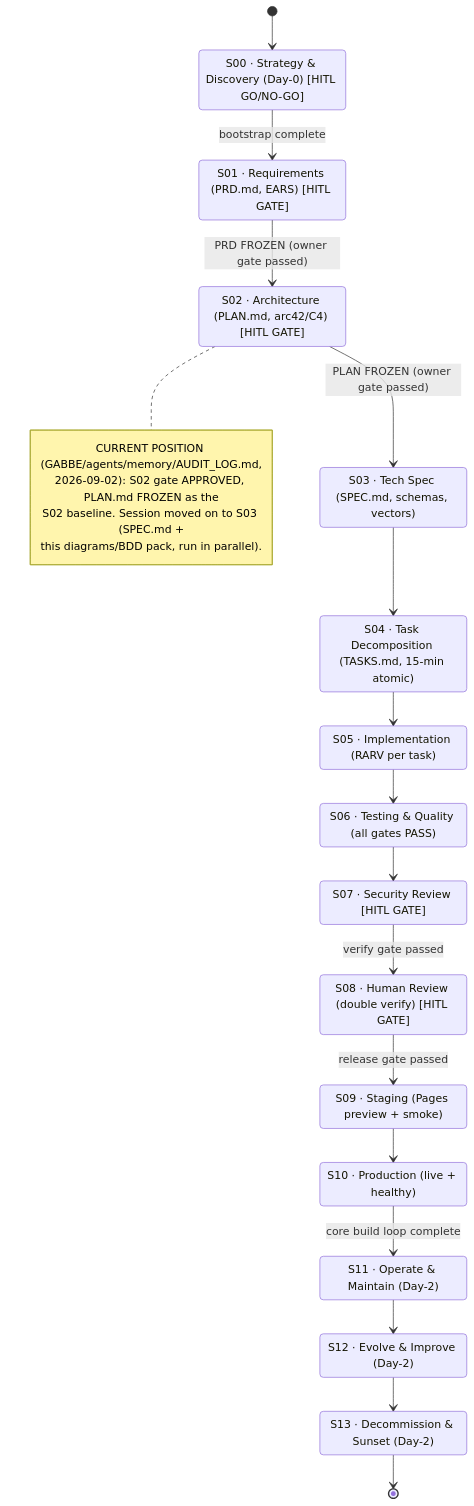
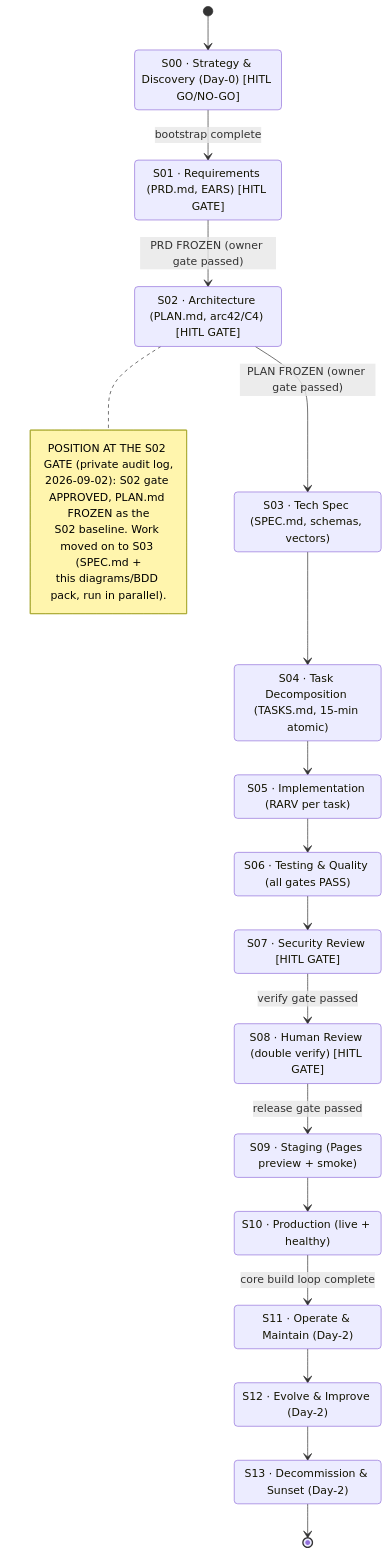
The diagram in docs/diagrams/state-sdlc.md (andreibesleaga/agentic-system-core), drawn with Mermaid before and after one commit. The commit also changed other lines of this file and 229 other files, not shown here.

````diff
--- a/docs/diagrams/state-sdlc.md
+++ b/docs/diagrams/state-sdlc.md
@@ -8,41 +8,41 @@
 ```mermaid
 stateDiagram-v2
   [*] --> S00
 
   state "S00 · Strategy & Discovery (Day-0) [HITL GO/NO-GO]" as S00
   state "S01 · Requirements (PRD.md, EARS) [HITL GATE]" as S01
   state "S02 · Architecture (PLAN.md, arc42/C4) [HITL GATE]" as S02
   state "S03 · Tech Spec (SPEC.md, schemas, vectors)" as S03
   state "S04 · Task Decomposition (TASKS.md, 15-min atomic)" as S04
   state "S05 · Implementation (RARV per task)" as S05
   state "S06 · Testing & Quality (all gates PASS)" as S06
   state "S07 · Security Review [HITL GATE]" as S07
   state "S08 · Human Review (double verify) [HITL GATE]" as S08
   state "S09 · Staging (Pages preview + smoke)" as S09
   state "S10 · Production (live + healthy)" as S10
   state "S11 · Operate & Maintain (Day-2)" as S11
   state "S12 · Evolve & Improve (Day-2)" as S12
   state "S13 · Decommission & Sunset (Day-2)" as S13
 
   S00 --> S01: bootstrap complete
   S01 --> S02: PRD FROZEN (owner gate passed)
   S02 --> S03: PLAN FROZEN (owner gate passed)
   S03 --> S04
   S04 --> S05
   S05 --> S06
   S06 --> S07
   S07 --> S08: verify gate passed
   S08 --> S09: release gate passed
   S09 --> S10
   S10 --> S11: core build loop complete
   S11 --> S12
   S12 --> S13
   S13 --> [*]
 
   note right of S02
-    CURRENT POSITION (GABBE/agents/memory/AUDIT_LOG.md,
+    POSITION AT THE S02 GATE (private audit log,
     2026-09-02): S02 gate APPROVED, PLAN.md FROZEN as the
-    S02 baseline. Session moved on to S03 (SPEC.md +
+    S02 baseline. Work moved on to S03 (SPEC.md +
     this diagrams/BDD pack, run in parallel).
   end note
 ```
````
